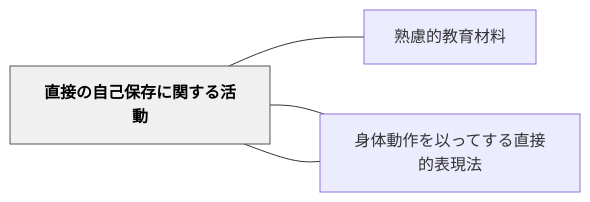
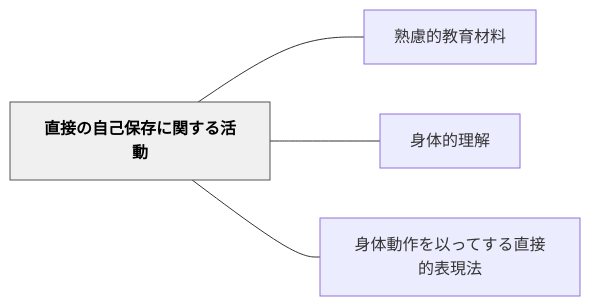
One commit to unknownthings-ed-patterns/unknownthings-ed-patterns changed the diagram in content/パタン/直接の自己保存に関する活動.md. Above: the diagram before and after it, drawn with Mermaid. The commit also changed 527 other files, not shown here.

````diff
--- a/content/パタン/直接の自己保存に関する活動.md
+++ b/content/パタン/直接の自己保存に関する活動.md
@@ -44,14 +44,14 @@
 ```mermaid
 flowchart LR
-    ne79bb4e68ea5["直接の自己保存に関する活動"]
-    ne7869fe685ae["熟慮的教育材料"]
-    ne8baabe4bd93["身体的理解"]
-    ne8baabe4bd93["身体動作を以ってする直接的表現法"]
+    ne79bb4e68ea5e381aee887aae5b7b1e4bf9de5ad98e381abe996a2e38199e3828be6b4bbe58b95["直接の自己保存に関する活動"]
+    ne7869fe685aee79a84e69599e882b2e69d90e69699["熟慮的教育材料"]
+    ne8baabe4bd93e79a84e79086e8a7a3["身体的理解"]
+    ne8baabe4bd93e58b95e4bd9ce38292e4bba5e381a3e381a6e38199e3828be79bb4e68ea5e79a84e8a1a8e78fbee6b395["身体動作を以ってする直接的表現法"]
 
-    ne79bb4e68ea5 --- ne7869fe685ae
-    ne79bb4e68ea5 --- ne8baabe4bd93
-    ne79bb4e68ea5 --- ne8baabe4bd93
+    ne79bb4e68ea5e381aee887aae5b7b1e4bf9de5ad98e381abe996a2e38199e3828be6b4bbe58b95 --- ne7869fe685aee79a84e69599e882b2e69d90e69699
+    ne79bb4e68ea5e381aee887aae5b7b1e4bf9de5ad98e381abe996a2e38199e3828be6b4bbe58b95 --- ne8baabe4bd93e79a84e79086e8a7a3
+    ne79bb4e68ea5e381aee887aae5b7b1e4bf9de5ad98e381abe996a2e38199e3828be6b4bbe58b95 --- ne8baabe4bd93e58b95e4bd9ce38292e4bba5e381a3e381a6e38199e3828be79bb4e68ea5e79a84e8a1a8e78fbee6b395
 
     classDef hub fill:#f0f0f0,stroke:#555,color:#000,font-weight:bold
-    class ne79bb4e68ea5 hub
+    class ne79bb4e68ea5e381aee887aae5b7b1e4bf9de5ad98e381abe996a2e38199e3828be6b4bbe58b95 hub
 ```
````
